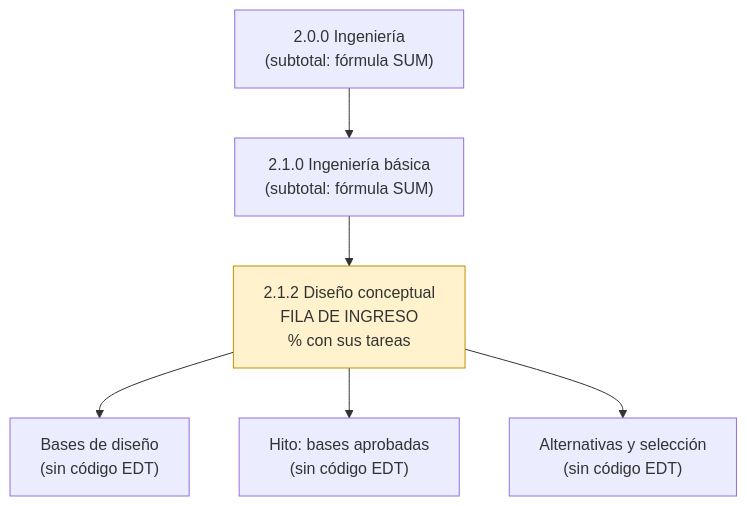
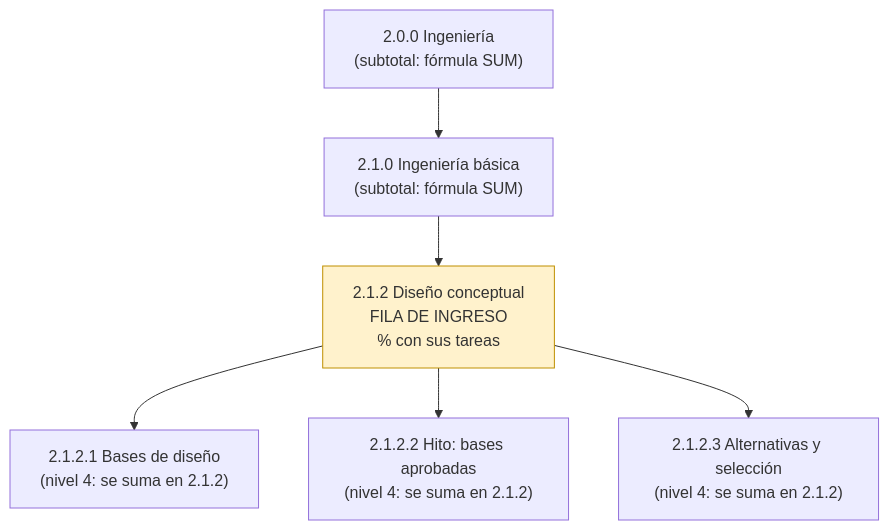
The third of 4 diagrams in docs/calculo-pv-ev.md (MarceloSalazar/evm-automation), drawn with Mermaid before and after one commit. The commit also changed other lines of this file and 20 other files, not shown here.

First line of the commit message:
Libro: resumen sin moneda ni planificación, fechas reales en EV y aviso EDT-023

````diff
--- a/docs/calculo-pv-ev.md
+++ b/docs/calculo-pv-ev.md
@@ -191,9 +191,9 @@
 ```mermaid
 flowchart TD
     A["2.0.0 Ingeniería<br/>(subtotal: fórmula SUM)"] --> B["2.1.0 Ingeniería básica<br/>(subtotal: fórmula SUM)"]
     B --> C["2.1.2 Diseño conceptual<br/>FILA DE INGRESO<br/>% con sus tareas"]
-    C --> D["Bases de diseño<br/>(sin código EDT)"]
-    C --> E["Hito: bases aprobadas<br/>(sin código EDT)"]
-    C --> F["Alternativas y selección<br/>(sin código EDT)"]
+    C --> D["2.1.2.1 Bases de diseño<br/>(nivel 4: se suma en 2.1.2)"]
+    C --> E["2.1.2.2 Hito: bases aprobadas<br/>(nivel 4: se suma en 2.1.2)"]
+    C --> F["2.1.2.3 Alternativas y selección<br/>(nivel 4: se suma en 2.1.2)"]
     style C fill:#FFF2CC,stroke:#BF9000
 ```
````
